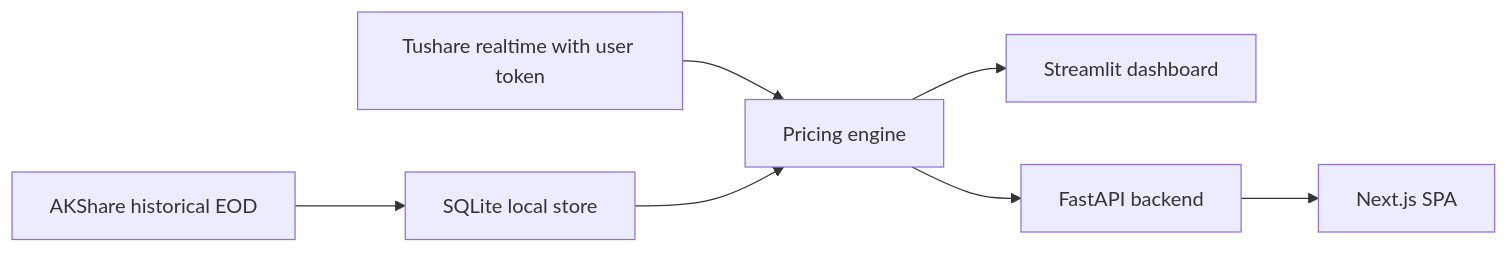
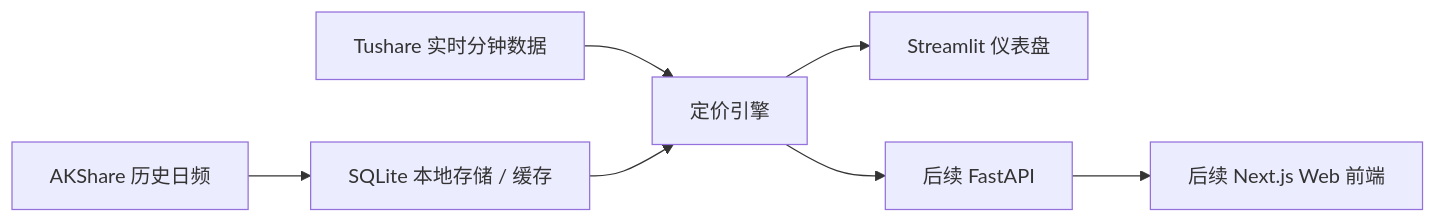
Before and after one commit to gamsing/ifuture: the diagram in README.md, drawn with Mermaid. The commit also changed other lines of this file and 2 other files, not shown here.

````diff
--- a/README.md
+++ b/README.md
@@ -40,9 +133,9 @@
 ```mermaid
 flowchart LR
-    AKShare["AKShare historical EOD"] --> Store["SQLite local store"]
-    Tushare["Tushare realtime with user token"] --> Engine["Pricing engine"]
+    AKShare["AKShare 历史日频"] --> Store["SQLite 本地存储 / 缓存"]
+    Tushare["Tushare 实时分钟数据"] --> Engine["定价引擎"]
     Store --> Engine
-    Engine --> Streamlit["Streamlit dashboard"]
-    Engine --> API["FastAPI backend"]
-    API --> Web["Next.js SPA"]
+    Engine --> Streamlit["Streamlit 仪表盘"]
+    Engine --> API["后续 FastAPI"]
+    API --> Web["后续 Next.js Web 前端"]
 ```
````
